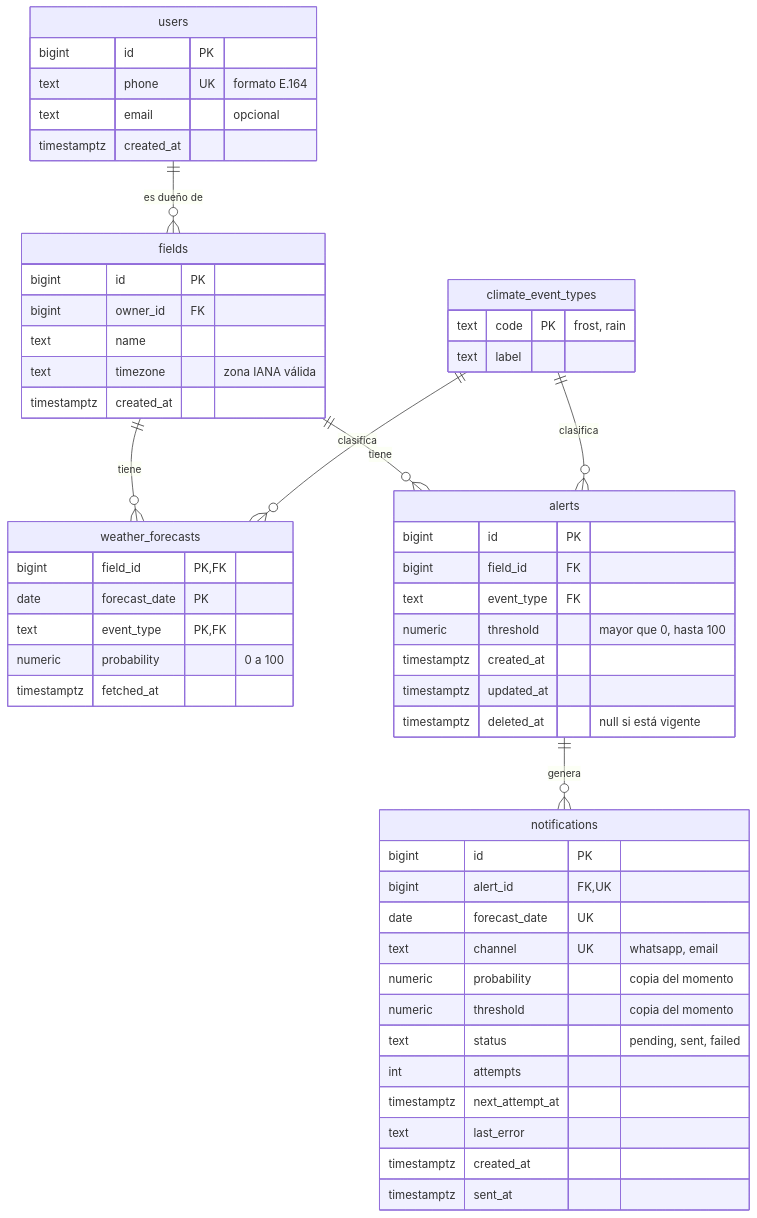
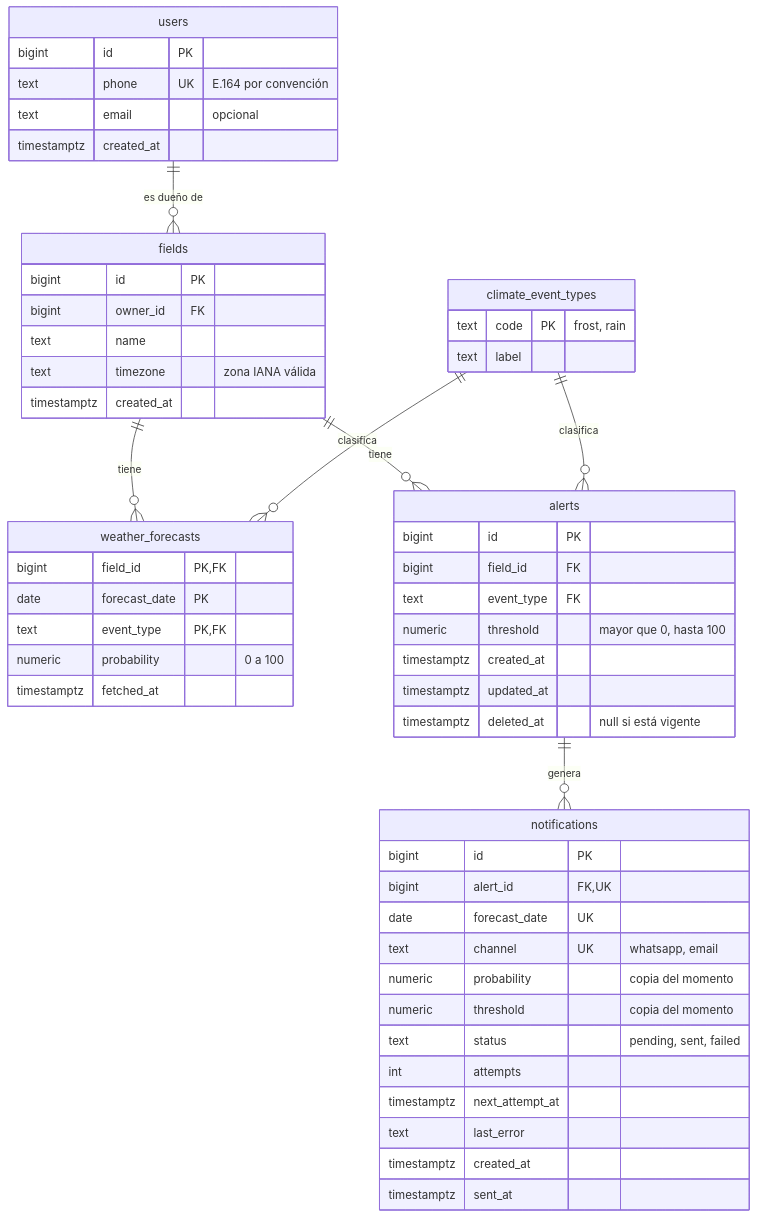
Before and after one commit to Style12341/climate-alert-system: the first of 5 diagrams in docs/ModeloDeDatos.md, drawn with Mermaid. The commit also changed other lines of this file and 1 other file, not shown here.

Commit message:
docs: tidy operations guide and data model notes
Merge the duplicated Compose secrets note, turn the CI job list into a table, state the collection format, and mark phone as E.164 by convention only.

````diff
--- a/docs/ModeloDeDatos.md
+++ b/docs/ModeloDeDatos.md
@@ -9,57 +9,57 @@
 ```mermaid
 erDiagram
     users ||--o{ fields : "es dueño de"
     fields ||--o{ weather_forecasts : "tiene"
     fields ||--o{ alerts : "tiene"
     climate_event_types ||--o{ weather_forecasts : "clasifica"
     climate_event_types ||--o{ alerts : "clasifica"
     alerts ||--o{ notifications : "genera"
 
     users {
         bigint id PK
-        text phone UK "formato E.164"
+        text phone UK "E.164 por convención"
         text email "opcional"
         timestamptz created_at
     }
     fields {
         bigint id PK
         bigint owner_id FK
         text name
         text timezone "zona IANA válida"
         timestamptz created_at
     }
     climate_event_types {
         text code PK "frost, rain"
         text label
     }
     weather_forecasts {
         bigint field_id PK, FK
         date forecast_date PK
         text event_type PK, FK
         numeric probability "0 a 100"
         timestamptz fetched_at
     }
     alerts {
         bigint id PK
         bigint field_id FK
         text event_type FK
         numeric threshold "mayor que 0, hasta 100"
         timestamptz created_at
         timestamptz updated_at
         timestamptz deleted_at "null si está vigente"
     }
     notifications {
         bigint id PK
         bigint alert_id FK, UK
         date forecast_date UK
         text channel UK "whatsapp, email"
         numeric probability "copia del momento"
         numeric threshold "copia del momento"
         text status "pending, sent, failed"
         int attempts
         timestamptz next_attempt_at
         text last_error
         timestamptz created_at
         timestamptz sent_at
     }
 ```
````
